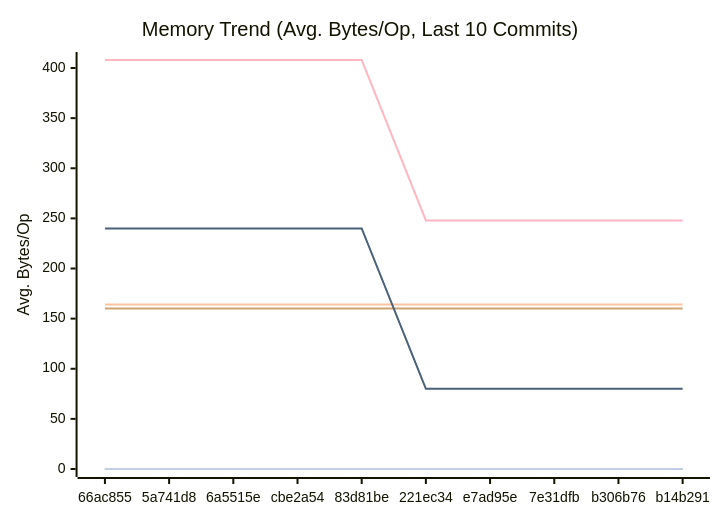
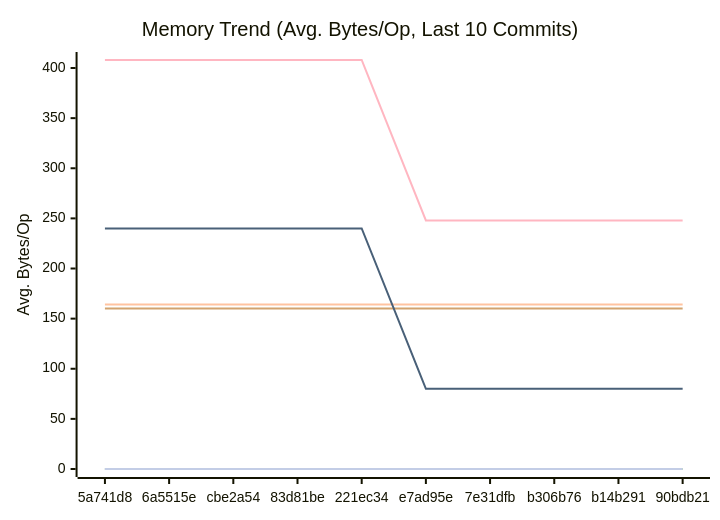
One commit to alsotoes/momo changed the second of 3 diagrams in docs/PERFORMANCE.md. Above: the diagram before and after it, drawn with Mermaid. The commit also changed other lines of this file and 2 other files, not shown here.

````diff
--- a/docs/PERFORMANCE.md
+++ b/docs/PERFORMANCE.md
@@ -97,16 +97,16 @@
 ```mermaid
 xychart-beta
     title "Memory Trend (Avg. Bytes/Op, Last 10 Commits)"
     x-axis "Commit"
     y-axis "Avg. Bytes/Op"
-    x-axis [66ac855,5a741d8,6a5515e,cbe2a54,83d81be,221ec34,e7ad95e,7e31dfb,b306b76,b14b291]
+    x-axis [5a741d8,6a5515e,cbe2a54,83d81be,221ec34,e7ad95e,7e31dfb,b306b76,b14b291,90bdb21]
     line "CheckMetricsAndSwap" [0,0,0,0,0,0,0,0,0,0]
     line "CrushOptimized" [0,0,0,0,0,0,0,0,0,0]
     line "CrushOriginal" [164,164,164,164,164,164,164,164,164,164]
     line "IndexDirectTracking" [0,0,0,0,0,0,0,0,0,0]
     line "IndexSearch" [0,0,0,0,0,0,0,0,0,0]
     line "LoadGlobalConfig" [160,160,160,160,160,160,160,160,160,160]
     line "PadString" [0,0,0,0,0,0,0,0,0,0]
     line "ParseReplicationOrder_NoPrealloc" [408,408,408,408,408,248,248,248,248,248]
     line "ParseReplicationOrder_Prealloc" [240,240,240,240,240,80,80,80,80,80]
 ```
````
